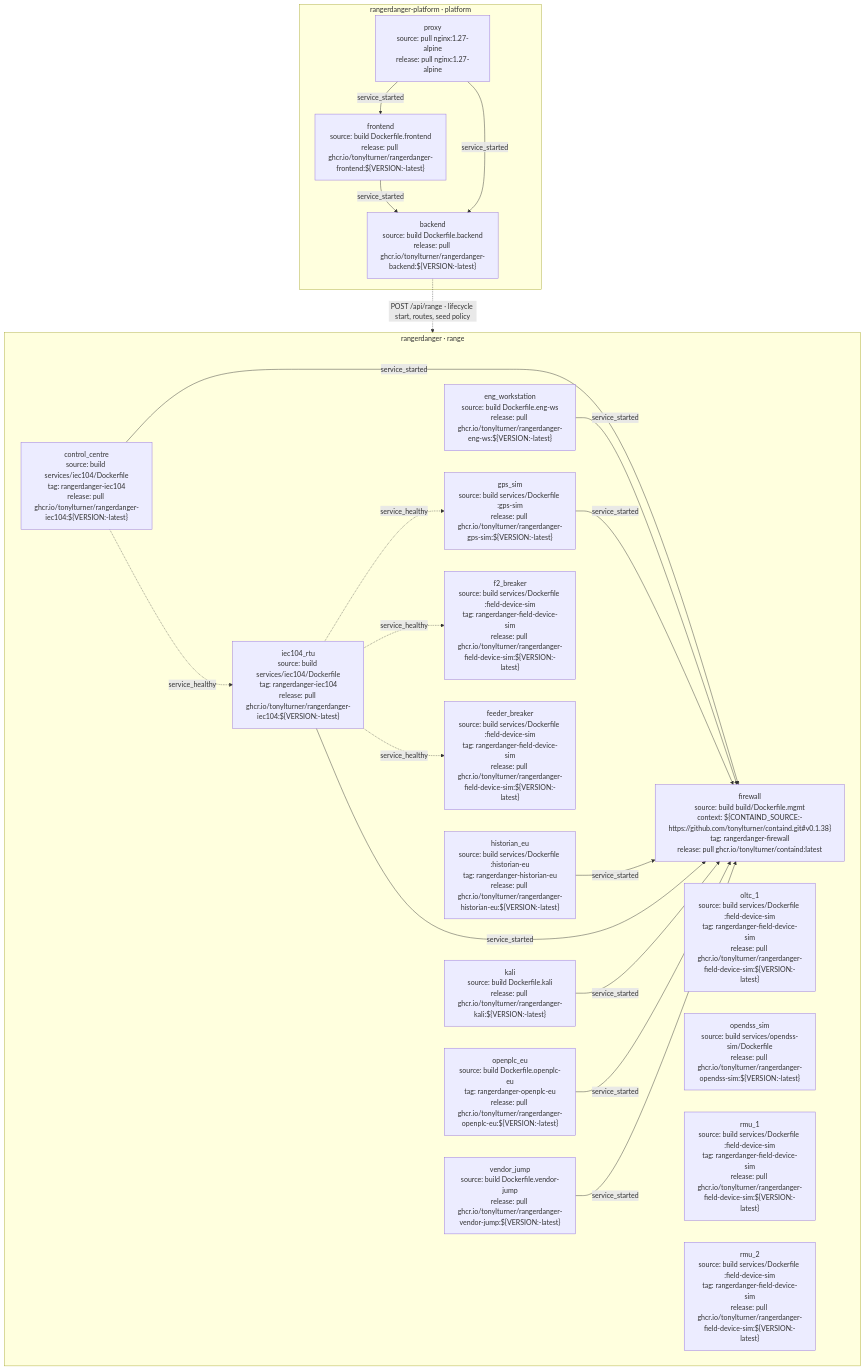
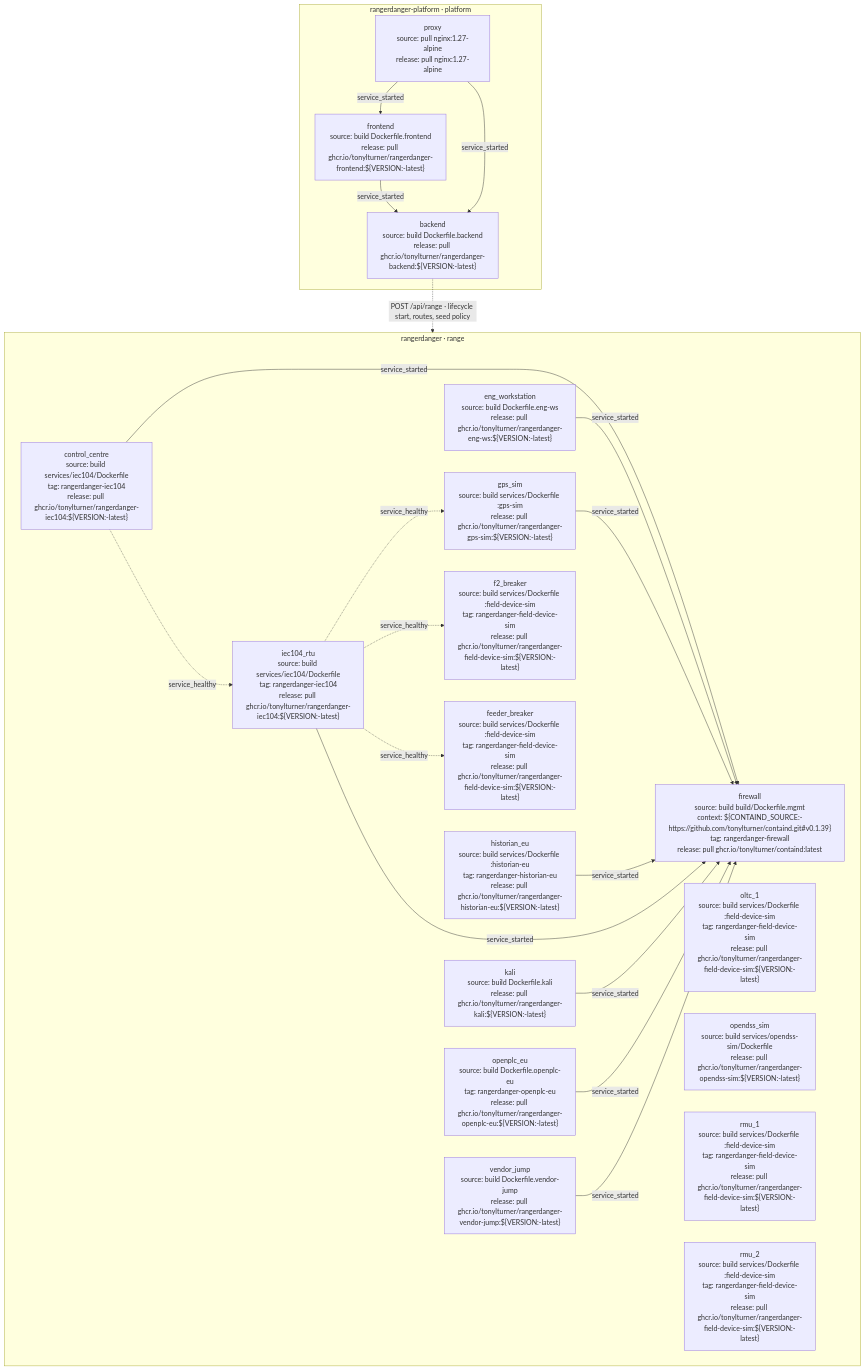
One commit to tonylturner/rangerdanger changed the second of 5 diagrams in docs/architecture-diagram.md. Above: the diagram before and after it, drawn with Mermaid. The commit also changed other lines of this file and 12 other files, not shown here.

Commit message:
build: build containd v0.1.39 in source mode

````diff
--- a/docs/architecture-diagram.md
+++ b/docs/architecture-diagram.md
@@ -110,42 +110,42 @@
 ```mermaid
 flowchart TB
     subgraph n_eu_platform_fd8dd80811["rangerdanger-platform · platform"]
     n_eu_compose_backend_15fec7ecc7["backend<br/>source: build Dockerfile.backend<br/>release: pull ghcr.io/tonylturner/rangerdanger-backend:$#123;VERSION:-latest#125;"]
     n_eu_compose_frontend_3119788b25["frontend<br/>source: build Dockerfile.frontend<br/>release: pull ghcr.io/tonylturner/rangerdanger-frontend:$#123;VERSION:-latest#125;"]
     n_eu_compose_proxy_6dbc4a1028["proxy<br/>source: pull nginx:1.27-alpine<br/>release: pull nginx:1.27-alpine"]
     end
     n_eu_compose_frontend_3119788b25 -->|"service_started"| n_eu_compose_backend_15fec7ecc7
     n_eu_compose_proxy_6dbc4a1028 -->|"service_started"| n_eu_compose_backend_15fec7ecc7
     n_eu_compose_proxy_6dbc4a1028 -->|"service_started"| n_eu_compose_frontend_3119788b25
     subgraph n_eu_range_4e5f6bbc70["rangerdanger · range"]
     n_eu_compose_control_centre_4b800d8c10["control_centre<br/>source: build services/iec104/Dockerfile<br/>tag: rangerdanger-iec104<br/>release: pull ghcr.io/tonylturner/rangerdanger-iec104:$#123;VERSION:-latest#125;"]
     n_eu_compose_eng_workstation_2d3e74513d["eng_workstation<br/>source: build Dockerfile.eng-ws<br/>release: pull ghcr.io/tonylturner/rangerdanger-eng-ws:$#123;VERSION:-latest#125;"]
     n_eu_compose_f2_breaker_a576e4b257["f2_breaker<br/>source: build services/Dockerfile :field-device-sim<br/>tag: rangerdanger-field-device-sim<br/>release: pull ghcr.io/tonylturner/rangerdanger-field-device-sim:$#123;VERSION:-latest#125;"]
     n_eu_compose_feeder_breaker_7919f5a15f["feeder_breaker<br/>source: build services/Dockerfile :field-device-sim<br/>tag: rangerdanger-field-device-sim<br/>release: pull ghcr.io/tonylturner/rangerdanger-field-device-sim:$#123;VERSION:-latest#125;"]
-    n_eu_compose_firewall_9a9136ac1f["firewall<br/>source: build build/Dockerfile.mgmt<br/>context: $#123;CONTAIND_SOURCE:-https://github.com/tonylturner/containd.git#35;v0.1.38#125;<br/>tag: rangerdanger-firewall<br/>release: pull ghcr.io/tonylturner/containd:latest"]
+    n_eu_compose_firewall_9a9136ac1f["firewall<br/>source: build build/Dockerfile.mgmt<br/>context: $#123;CONTAIND_SOURCE:-https://github.com/tonylturner/containd.git#35;v0.1.39#125;<br/>tag: rangerdanger-firewall<br/>release: pull ghcr.io/tonylturner/containd:latest"]
     n_eu_compose_gps_sim_357317717a["gps_sim<br/>source: build services/Dockerfile :gps-sim<br/>release: pull ghcr.io/tonylturner/rangerdanger-gps-sim:$#123;VERSION:-latest#125;"]
     n_eu_compose_historian_eu_fdd66ce275["historian_eu<br/>source: build services/Dockerfile :historian-eu<br/>tag: rangerdanger-historian-eu<br/>release: pull ghcr.io/tonylturner/rangerdanger-historian-eu:$#123;VERSION:-latest#125;"]
     n_eu_compose_iec104_rtu_40cbbf549c["iec104_rtu<br/>source: build services/iec104/Dockerfile<br/>tag: rangerdanger-iec104<br/>release: pull ghcr.io/tonylturner/rangerdanger-iec104:$#123;VERSION:-latest#125;"]
     n_eu_compose_kali_cb199e11ae["kali<br/>source: build Dockerfile.kali<br/>release: pull ghcr.io/tonylturner/rangerdanger-kali:$#123;VERSION:-latest#125;"]
     n_eu_compose_oltc_1_be0f8efbee["oltc_1<br/>source: build services/Dockerfile :field-device-sim<br/>tag: rangerdanger-field-device-sim<br/>release: pull ghcr.io/tonylturner/rangerdanger-field-device-sim:$#123;VERSION:-latest#125;"]
     n_eu_compose_opendss_sim_4ddd9e0ab2["opendss_sim<br/>source: build services/opendss-sim/Dockerfile<br/>release: pull ghcr.io/tonylturner/rangerdanger-opendss-sim:$#123;VERSION:-latest#125;"]
     n_eu_compose_openplc_eu_b64c46df45["openplc_eu<br/>source: build Dockerfile.openplc-eu<br/>tag: rangerdanger-openplc-eu<br/>release: pull ghcr.io/tonylturner/rangerdanger-openplc-eu:$#123;VERSION:-latest#125;"]
     n_eu_compose_rmu_1_64eef69bd4["rmu_1<br/>source: build services/Dockerfile :field-device-sim<br/>tag: rangerdanger-field-device-sim<br/>release: pull ghcr.io/tonylturner/rangerdanger-field-device-sim:$#123;VERSION:-latest#125;"]
     n_eu_compose_rmu_2_0de5e31782["rmu_2<br/>source: build services/Dockerfile :field-device-sim<br/>tag: rangerdanger-field-device-sim<br/>release: pull ghcr.io/tonylturner/rangerdanger-field-device-sim:$#123;VERSION:-latest#125;"]
     n_eu_compose_vendor_jump_5f57da0a38["vendor_jump<br/>source: build Dockerfile.vendor-jump<br/>release: pull ghcr.io/tonylturner/rangerdanger-vendor-jump:$#123;VERSION:-latest#125;"]
     end
     n_eu_compose_control_centre_4b800d8c10 -->|"service_started"| n_eu_compose_firewall_9a9136ac1f
     n_eu_compose_control_centre_4b800d8c10 -.->|"service_healthy"| n_eu_compose_iec104_rtu_40cbbf549c
     n_eu_compose_eng_workstation_2d3e74513d -->|"service_started"| n_eu_compose_firewall_9a9136ac1f
     n_eu_compose_gps_sim_357317717a -->|"service_started"| n_eu_compose_firewall_9a9136ac1f
     n_eu_compose_historian_eu_fdd66ce275 -->|"service_started"| n_eu_compose_firewall_9a9136ac1f
     n_eu_compose_iec104_rtu_40cbbf549c -.->|"service_healthy"| n_eu_compose_f2_breaker_a576e4b257
     n_eu_compose_iec104_rtu_40cbbf549c -.->|"service_healthy"| n_eu_compose_feeder_breaker_7919f5a15f
     n_eu_compose_iec104_rtu_40cbbf549c -->|"service_started"| n_eu_compose_firewall_9a9136ac1f
     n_eu_compose_iec104_rtu_40cbbf549c -.->|"service_healthy"| n_eu_compose_gps_sim_357317717a
     n_eu_compose_kali_cb199e11ae -->|"service_started"| n_eu_compose_firewall_9a9136ac1f
     n_eu_compose_openplc_eu_b64c46df45 -->|"service_started"| n_eu_compose_firewall_9a9136ac1f
     n_eu_compose_vendor_jump_5f57da0a38 -->|"service_started"| n_eu_compose_firewall_9a9136ac1f
     %% source: backend/internal/lifecycle/transition.go:157
     n_eu_compose_backend_15fec7ecc7 -.->|"POST /api/range · lifecycle start, routes, seed policy"| n_eu_range_4e5f6bbc70
 ```
````
